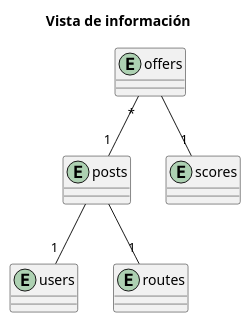
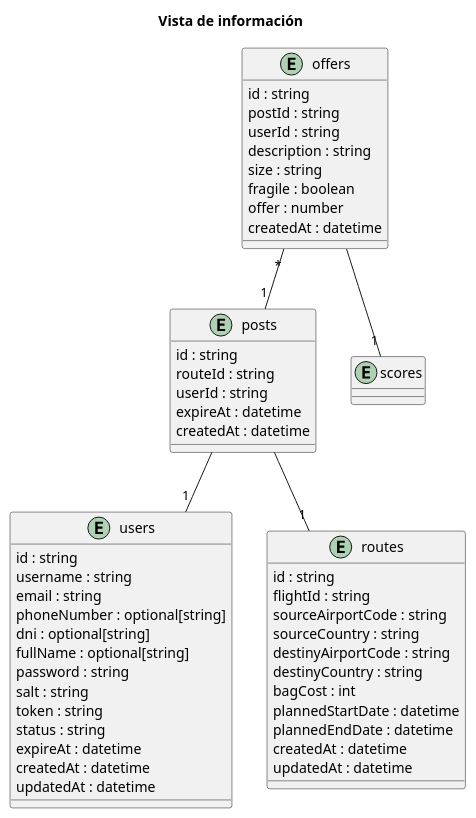
One commit to ddi4z/Cloud-native-application-development-Course changed the diagram in docs/diagrams/entities.puml. Above: the diagram before and after it, drawn with PlantUML. The commit also changed 1 other file, not shown here.

Commit message:
docs/diagrama de información con atributos

```diff
--- a/docs/diagrams/entities.puml
+++ b/docs/diagrams/entities.puml
@@ -1,14 +1,62 @@
 @startuml
 title Vista de información
 
-entity "users" as users
-entity "routes" as routes
-entity "posts" as posts
-entity "offers" as offers
-entity "scores" as scores
+entity "users" as users {
+  id : string
+  username : string
+  email : string
+  phoneNumber : optional[string]
+  dni : optional[string]
+  fullName : optional[string]
+  password : string
+  salt : string
+  token : string
+  status : string
+  expireAt : datetime
+  createdAt : datetime
+  updatedAt : datetime
+}
+
+entity "routes" as routes {
+  id : string
+  flightId : string
+  sourceAirportCode : string
+  sourceCountry : string
+  destinyAirportCode : string
+  destinyCountry : string
+  bagCost : int
+  plannedStartDate : datetime
+  plannedEndDate : datetime
+  createdAt : datetime
+  updatedAt : datetime
+}
+
+entity "posts" as posts {
+  id : string
+  routeId : string
+  userId : string
+  expireAt : datetime
+  createdAt : datetime
+}
+
+entity "offers" as offers {
+  id : string
+  postId : string
+  userId : string
+  description : string
+  size : string
+  fragile : boolean
+  offer : number
+  createdAt : datetime
+}
+
+entity "scores" as scores {
+}
+
 
 posts -- "1" users
 posts -- "1" routes
 offers "*" -- "1" posts
 offers -- "1" scores
+
 @enduml
```
